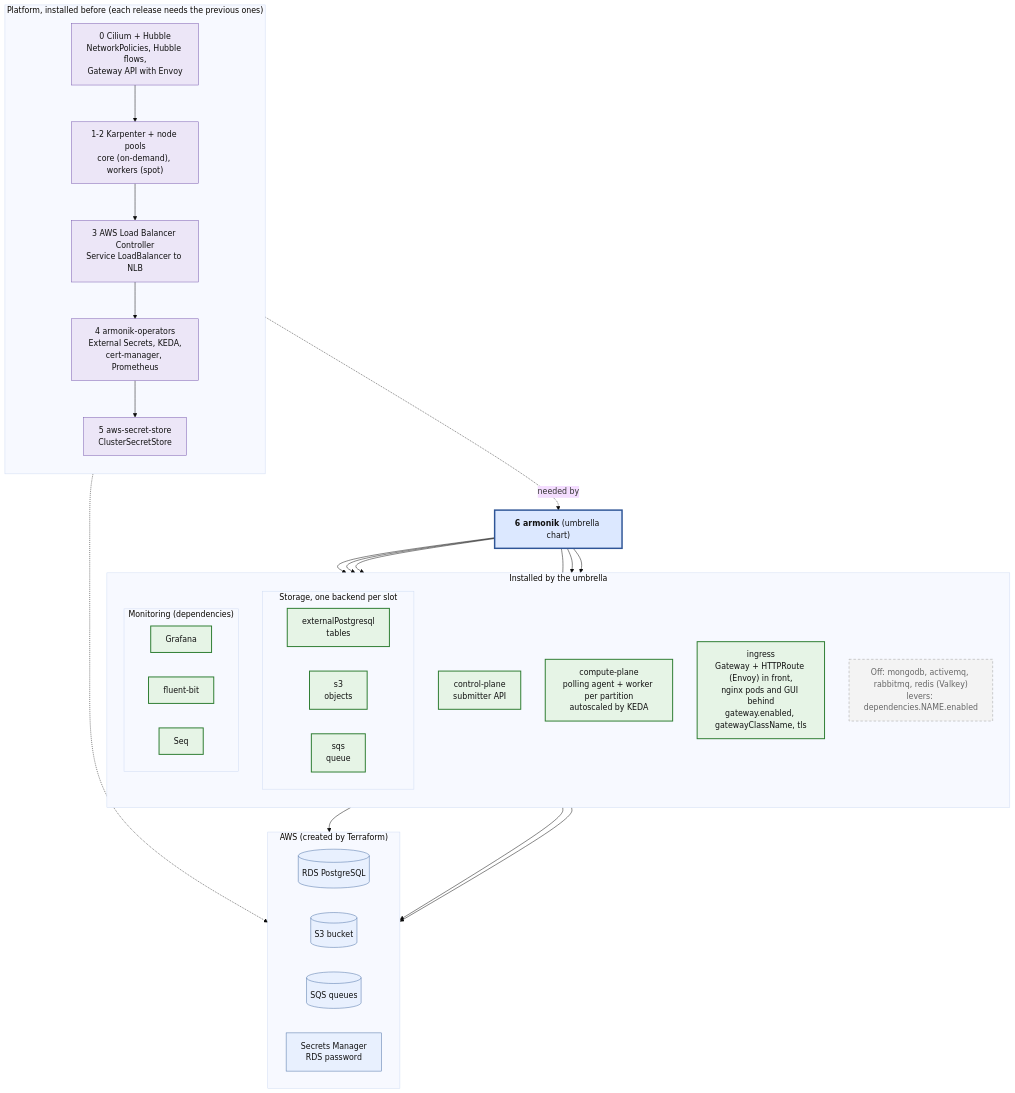
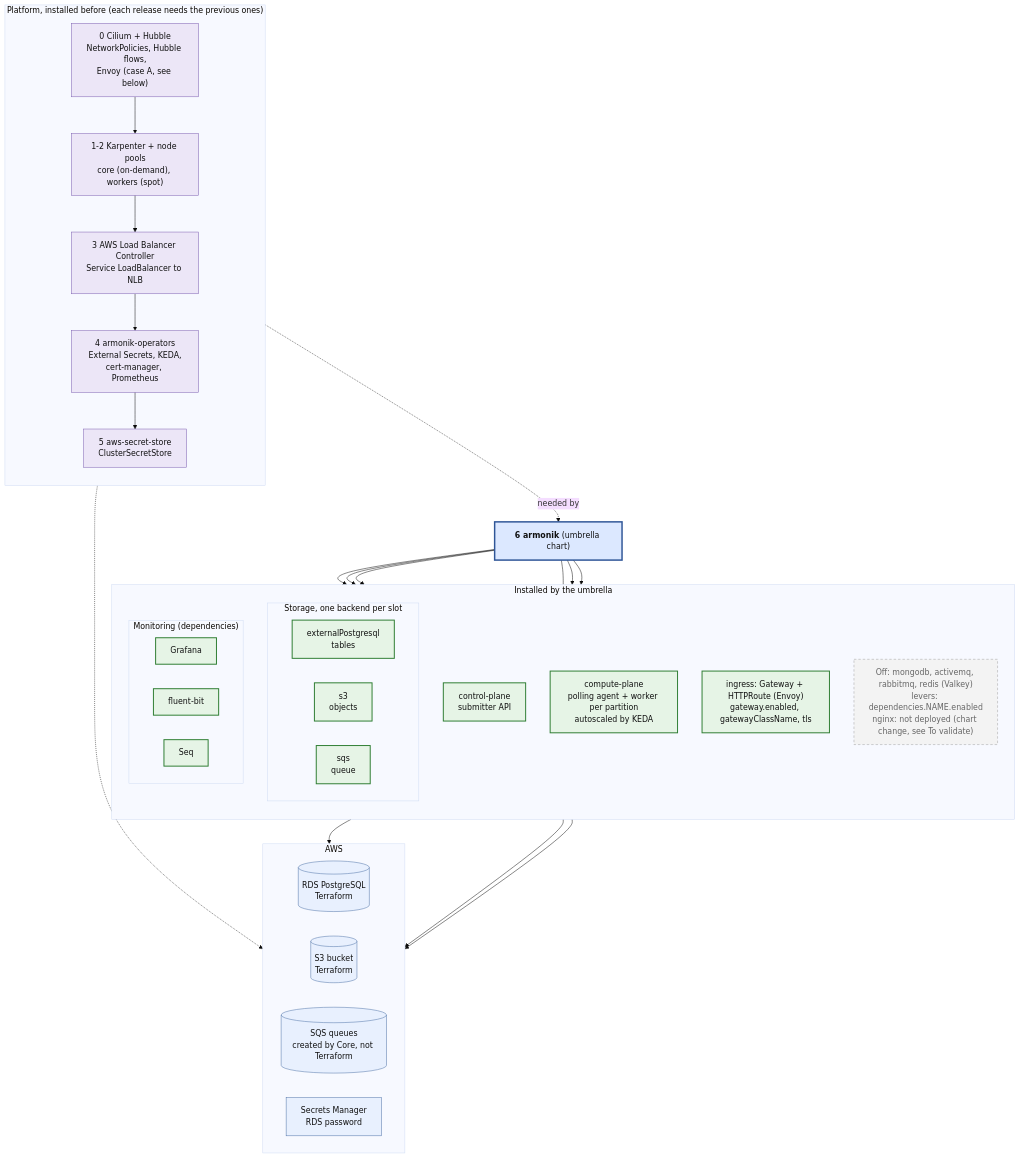
Before and after one commit to aneoconsulting/ArmoniK: the first of 2 diagrams in infrastructure/quick-deploy/aws-charts/docs/diagrams/01-deployment.md, drawn with Mermaid (base theme). The commit also changed other lines of this file and 1 other file, not shown here.

Commit message:
feat: adding diagrams v2

````diff
--- a/infrastructure/quick-deploy/aws-charts/docs/diagrams/01-deployment.md
+++ b/infrastructure/quick-deploy/aws-charts/docs/diagrams/01-deployment.md
@@ -6,59 +7,59 @@
 ```mermaid
 flowchart TD
     classDef umb fill:#dce8ff,stroke:#2f5597,stroke-width:3px,color:#111
     classDef on fill:#e6f4e6,stroke:#2e7d32,stroke-width:2px,color:#111
     classDef plat fill:#ece6f7,stroke:#7a5cb0,color:#111
     classDef aws fill:#e8f0fe,stroke:#4a6fa5,color:#111
     classDef off fill:#f3f3f3,stroke:#9e9e9e,stroke-dasharray:5 4,color:#666
 
     U["<b>6 armonik</b> (umbrella chart)"]:::umb
 
     subgraph APP["Installed by the umbrella"]
         direction TB
         CP["control-plane<br/>submitter API"]:::on
         COMP["compute-plane<br/>polling agent + worker per partition<br/>autoscaled by KEDA"]:::on
-        ING["ingress<br/>Gateway + HTTPRoute (Envoy) in front,<br/>nginx pods and GUI behind<br/>gateway.enabled, gatewayClassName, tls"]:::on
+        ING["ingress: Gateway + HTTPRoute (Envoy)<br/>gateway.enabled, gatewayClassName, tls"]:::on
         subgraph STORE["Storage, one backend per slot"]
             direction LR
             PG["externalPostgresql<br/>tables"]:::on
             S3C["s3<br/>objects"]:::on
             SQSC["sqs<br/>queue"]:::on
         end
         subgraph MON["Monitoring (dependencies)"]
             direction LR
             GR["Grafana"]:::on
             FB["fluent-bit"]:::on
             SEQ["Seq"]:::on
         end
-        OFF["Off: mongodb, activemq, rabbitmq, redis (Valkey)<br/>levers: dependencies.NAME.enabled"]:::off
+        OFF["Off: mongodb, activemq, rabbitmq, redis (Valkey)<br/>levers: dependencies.NAME.enabled<br/>nginx: not deployed (chart change, see To validate)"]:::off
     end
     U --> CP
     U --> COMP
     U --> ING
     U --> STORE
     U --> MON
     U --- OFF
 
     subgraph PLAT["Platform, installed before (each release needs the previous ones)"]
         direction TB
-        CIL["0 Cilium + Hubble<br/>NetworkPolicies, Hubble flows,<br/>Gateway API with Envoy"]:::plat
+        CIL["0 Cilium + Hubble<br/>NetworkPolicies, Hubble flows,<br/>Envoy (case A, see below)"]:::plat
         KAR["1-2 Karpenter + node pools<br/>core (on-demand), workers (spot)"]:::plat
         LBC["3 AWS Load Balancer Controller<br/>Service LoadBalancer to NLB"]:::plat
         OPS["4 armonik-operators<br/>External Secrets, KEDA,<br/>cert-manager, Prometheus"]:::plat
         CSS["5 aws-secret-store<br/>ClusterSecretStore"]:::plat
         CIL --> KAR --> LBC --> OPS --> CSS
     end
     CSS -.->|"needed by"| U
 
-    subgraph AWSZ["AWS (created by Terraform)"]
+    subgraph AWSZ["AWS"]
         direction LR
-        RDS[("RDS PostgreSQL")]:::aws
-        S3[("S3 bucket")]:::aws
-        SQS[("SQS queues")]:::aws
+        RDS[("RDS PostgreSQL<br/>Terraform")]:::aws
+        S3[("S3 bucket<br/>Terraform")]:::aws
+        SQS[("SQS queues<br/>created by Core, not Terraform")]:::aws
         SM["Secrets Manager<br/>RDS password"]:::aws
     end
     PG --> RDS
     S3C --> S3
     SQSC --> SQS
     CSS -.-> SM
 ```
````
